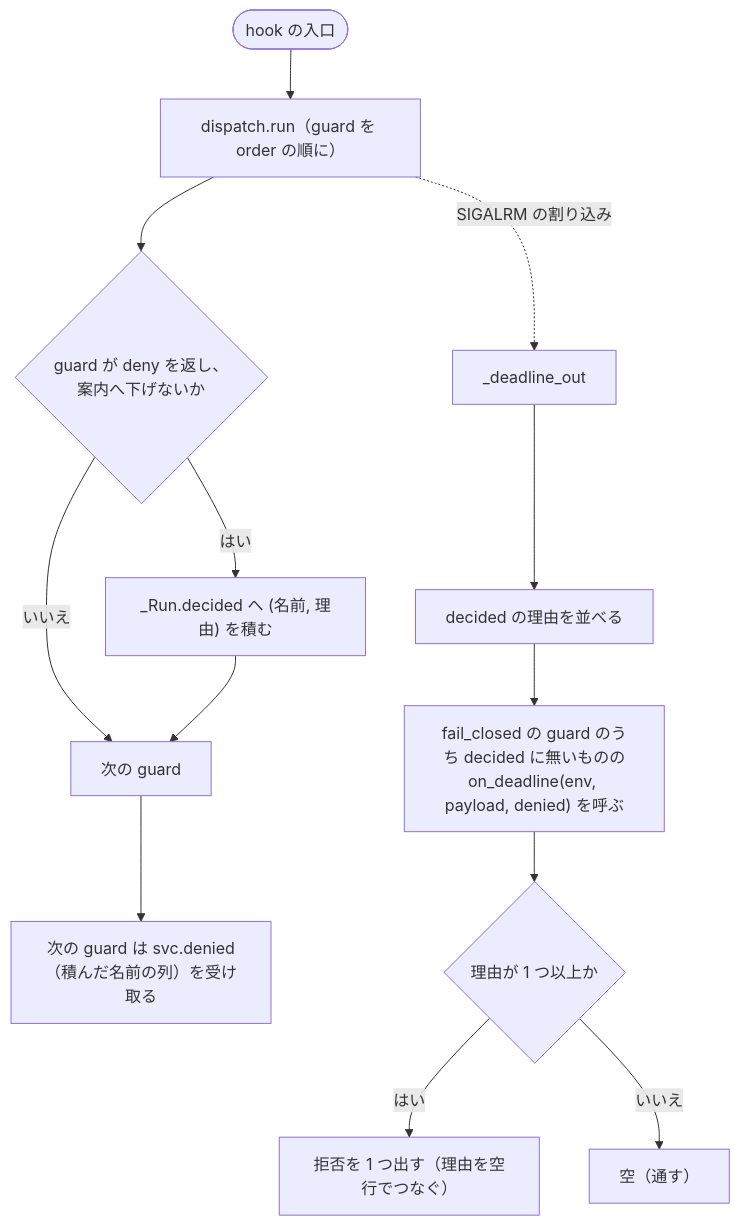
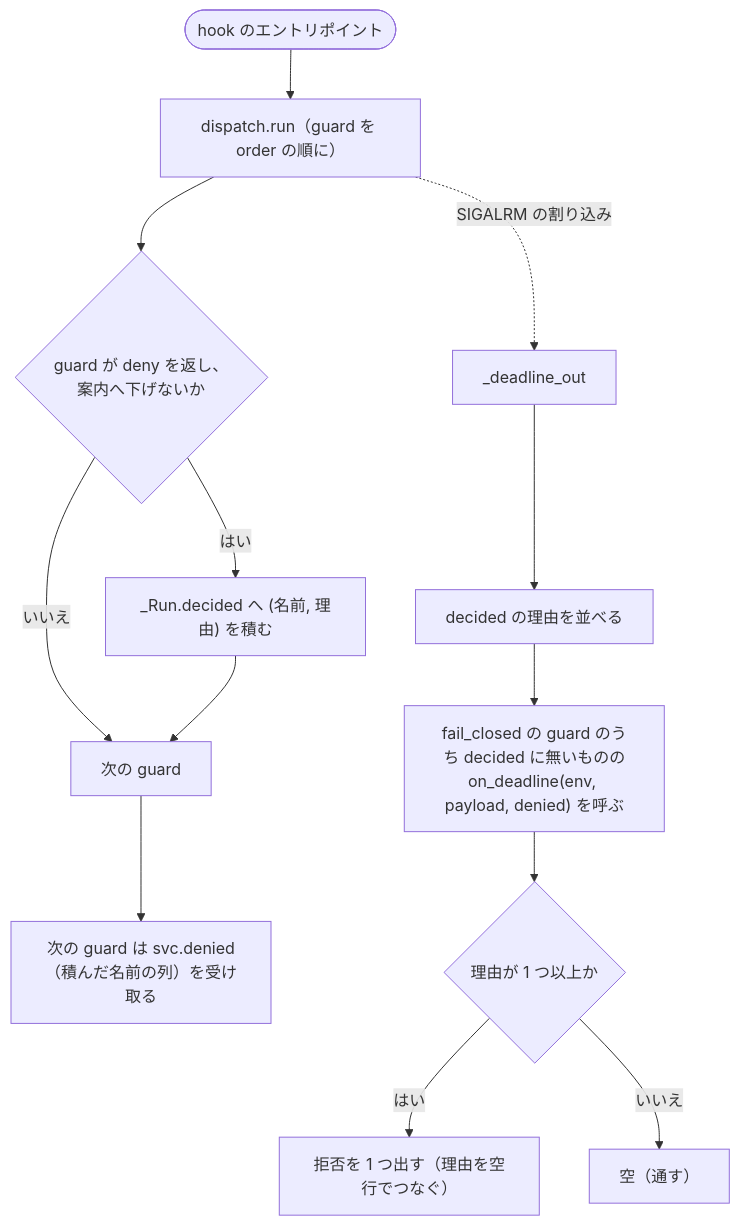
The third of 4 diagrams in issues/issue-4061-4062-4064-design.md (devbasex/ai-plugins), drawn with Mermaid before and after one commit. The commit also changed other lines of this file and 2 other files, not shown here.

````diff
--- a/issues/issue-4061-4062-4064-design.md
+++ b/issues/issue-4061-4062-4064-design.md
@@ -116,15 +116,15 @@
 ```mermaid
 flowchart TB
-  S([hook の入口]) --> G["dispatch.run（guard を order の順に）"]
+  S([hook のエントリポイント]) --> G["dispatch.run（guard を order の順に）"]
   G --> C1{"guard が deny を返し、<br>案内へ下げないか"}
   C1 -- はい --> P["_Run.decided へ (名前, 理由) を積む"]
   C1 -- いいえ --> N["次の guard"]
   P --> N
   N --> G2["次の guard は svc.denied<br>（積んだ名前の列）を受け取る"]
   G -. "SIGALRM の割り込み" .-> DL["_deadline_out"]
   DL --> D1["decided の理由を並べる"]
   D1 --> D2["fail_closed の guard のうち decided に無いものの<br>on_deadline(env, payload, denied) を呼ぶ"]
   D2 --> O{"理由が 1 つ以上か"}
   O -- はい --> DENY["拒否を 1 つ出す（理由を空行でつなぐ）"]
   O -- いいえ --> PASS["空（通す）"]
 ```
````
